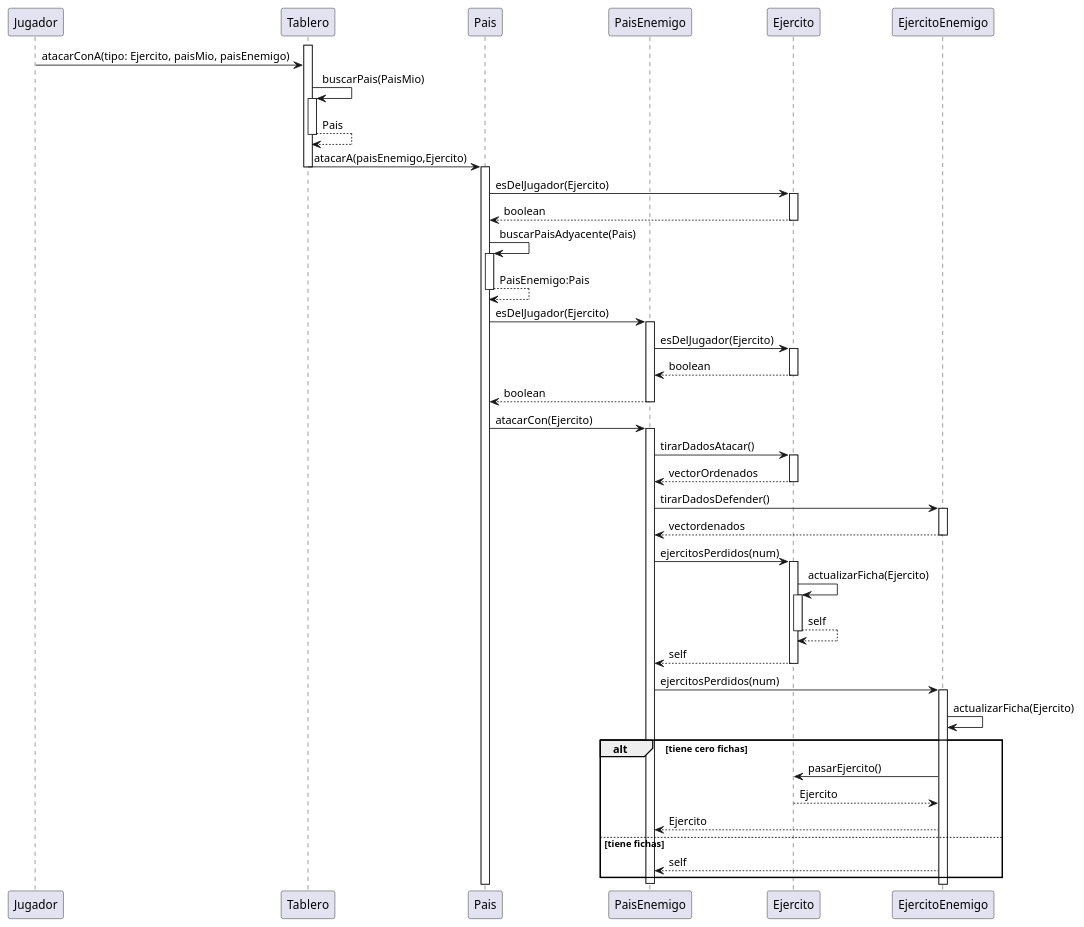
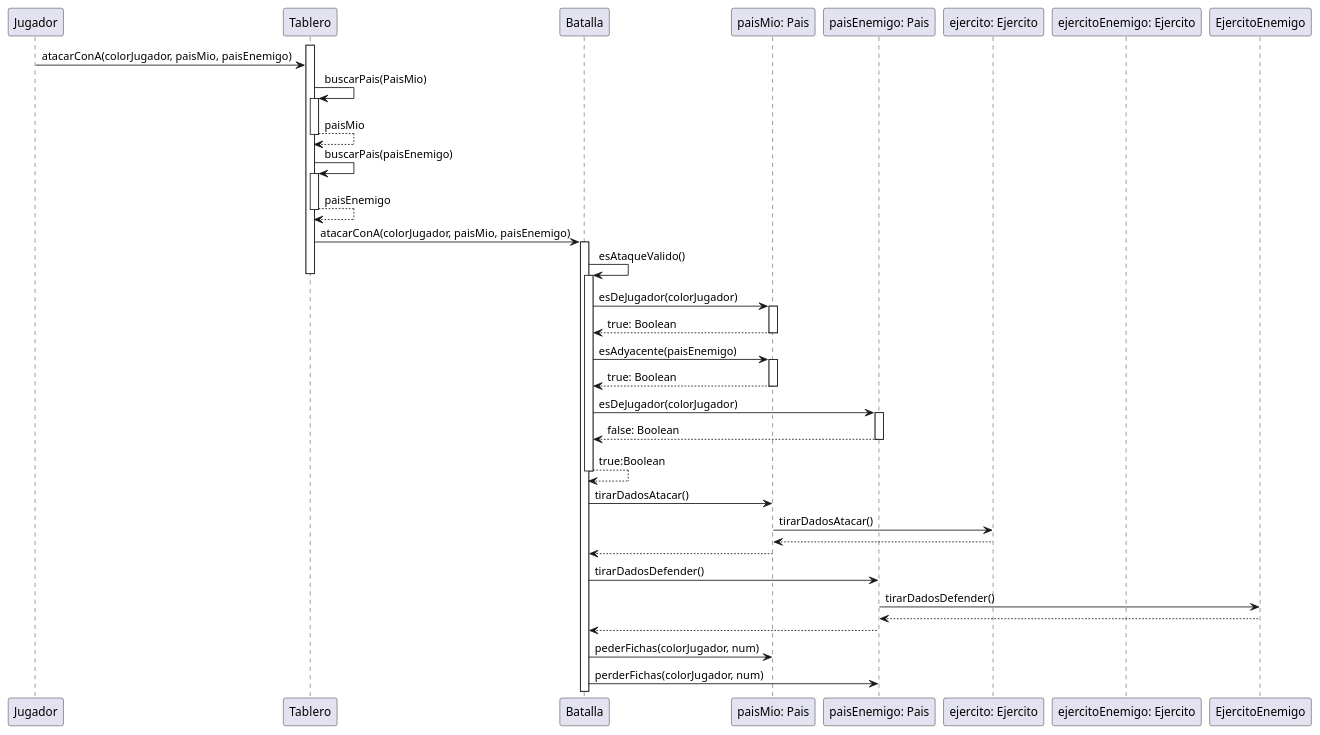
Before and after one commit to mpata2000/Algo3-TP2-TEG: the diagram in docs/Diagramas/Codigo/digrama_de_secuencia_ataque.puml, drawn with PlantUML. The commit also changed 1 other file, not shown here.

Commit message:
Actualizo codigo diagrama de clases y secuencia de ataque

```diff
--- a/docs/Diagramas/Codigo/digrama_de_secuencia_ataque.puml
+++ b/docs/Diagramas/Codigo/digrama_de_secuencia_ataque.puml
@@ -1,67 +1,51 @@
 @startuml DiagramaDeSecuenciaUnPaisAtacaAOtro
 
 Participant Jugador
 Participant Tablero
-Participant Pais
-Participant PaisEnemigo
-Participant Ejercito as "Ejercito"
-Participant FichaEnemigo as "EjercitoEnemigo"
+Participant Batalla
+Participant Pais as "paisMio: Pais"
+Participant PaisEnemigo as "paisEnemigo: Pais"
+Participant Ejercito as "ejercito: Ejercito"
+Participant FichaEnemigo as "ejercitoEnemigo: Ejercito"
 
 activate Tablero
-Jugador->Tablero: atacarConA(tipo: Ejercito, paisMio, paisEnemigo)
+Jugador->Tablero: atacarConA(colorJugador, paisMio, paisEnemigo)
 Tablero -> Tablero: buscarPais(PaisMio)
 activate Tablero
-Tablero --> Tablero: Pais
+Tablero --> Tablero: paisMio
 deactivate Tablero
-Tablero -> Pais: atacarA(paisEnemigo,Ejercito)
+Tablero -> Tablero: buscarPais(paisEnemigo)
+activate Tablero
+Tablero --> Tablero: paisEnemigo
 deactivate Tablero
+Tablero -> Batalla: atacarConA(colorJugador, paisMio, paisEnemigo)
+activate Batalla
+Batalla -> Batalla: esAtaqueValido()
+activate Batalla
+deactivate Tablero
+Batalla -> Pais: esDeJugador(colorJugador)
 activate Pais
-Pais -> Ejercito: esDelJugador(Ejercito)
-activate Ejercito
-Ejercito --> Pais: boolean
-deactivate Ejercito
-Pais -> Pais: buscarPaisAdyacente(Pais)
+Pais --> Batalla: true: Boolean
+deactivate Pais
+Batalla -> Pais: esAdyacente(paisEnemigo)
 activate Pais
-Pais --> Pais: PaisEnemigo:Pais
+Pais --> Batalla: true: Boolean
 deactivate Pais
-Pais -> PaisEnemigo: esDelJugador(Ejercito)
+Batalla -> PaisEnemigo: esDeJugador(colorJugador)
 activate PaisEnemigo
-PaisEnemigo -> Ejercito: esDelJugador(Ejercito)
-activate Ejercito
-Ejercito --> PaisEnemigo: boolean
-deactivate Ejercito
-PaisEnemigo --> Pais: boolean
+PaisEnemigo --> Batalla: false: Boolean
 deactivate PaisEnemigo
-Pais -> PaisEnemigo: atacarCon(Ejercito)
-activate  PaisEnemigo
-PaisEnemigo -> Ejercito: tirarDadosAtacar()
-activate Ejercito
-Ejercito --> PaisEnemigo: vectorOrdenados
-deactivate Ejercito
-PaisEnemigo -> FichaEnemigo: tirarDadosDefender()
-activate FichaEnemigo
-FichaEnemigo --> PaisEnemigo: vectordenados
-deactivate FichaEnemigo
-PaisEnemigo -> Ejercito: ejercitosPerdidos(num)
-activate Ejercito
-Ejercito -> Ejercito: actualizarFicha(Ejercito)
-activate Ejercito
-Ejercito --> Ejercito: self
-deactivate Ejercito
-Ejercito --> PaisEnemigo: self
-deactivate Ejercito
-PaisEnemigo -> FichaEnemigo: ejercitosPerdidos(num)
-activate FichaEnemigo
-FichaEnemigo -> FichaEnemigo: actualizarFicha(Ejercito)
-alt tiene cero fichas
-    FichaEnemigo -> Ejercito: pasarEjercito()
-    Ejercito --> FichaEnemigo: Ejercito
-    FichaEnemigo --> PaisEnemigo: Ejercito
-else tiene fichas
-    FichaEnemigo --> PaisEnemigo: self
-end
-
-
-deactivate  PaisEnemigo
+Batalla --> Batalla: true:Boolean
+deactivate Batalla
+Batalla -> Pais: tirarDadosAtacar()
+Pais -> Ejercito: tirarDadosAtacar()
+Ejercito --> Pais:
+Pais --> Batalla
+Batalla -> PaisEnemigo: tirarDadosDefender()
+PaisEnemigo -> EjercitoEnemigo: tirarDadosDefender()
+EjercitoEnemigo --> PaisEnemigo
+PaisEnemigo --> Batalla
+Batalla -> Pais: pederFichas(colorJugador, num)
+Batalla -> PaisEnemigo: perderFichas(colorJugador, num)
 
 @enduml
```
